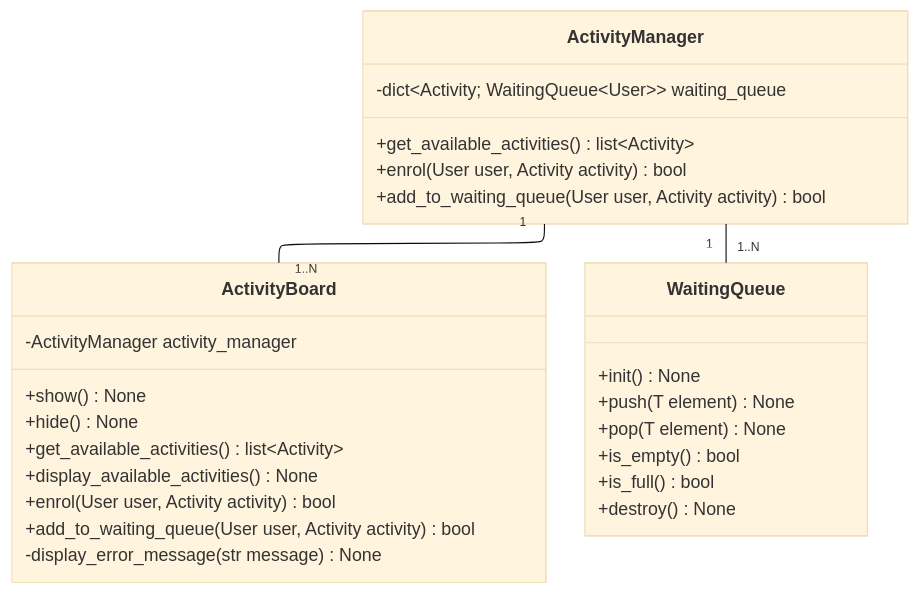
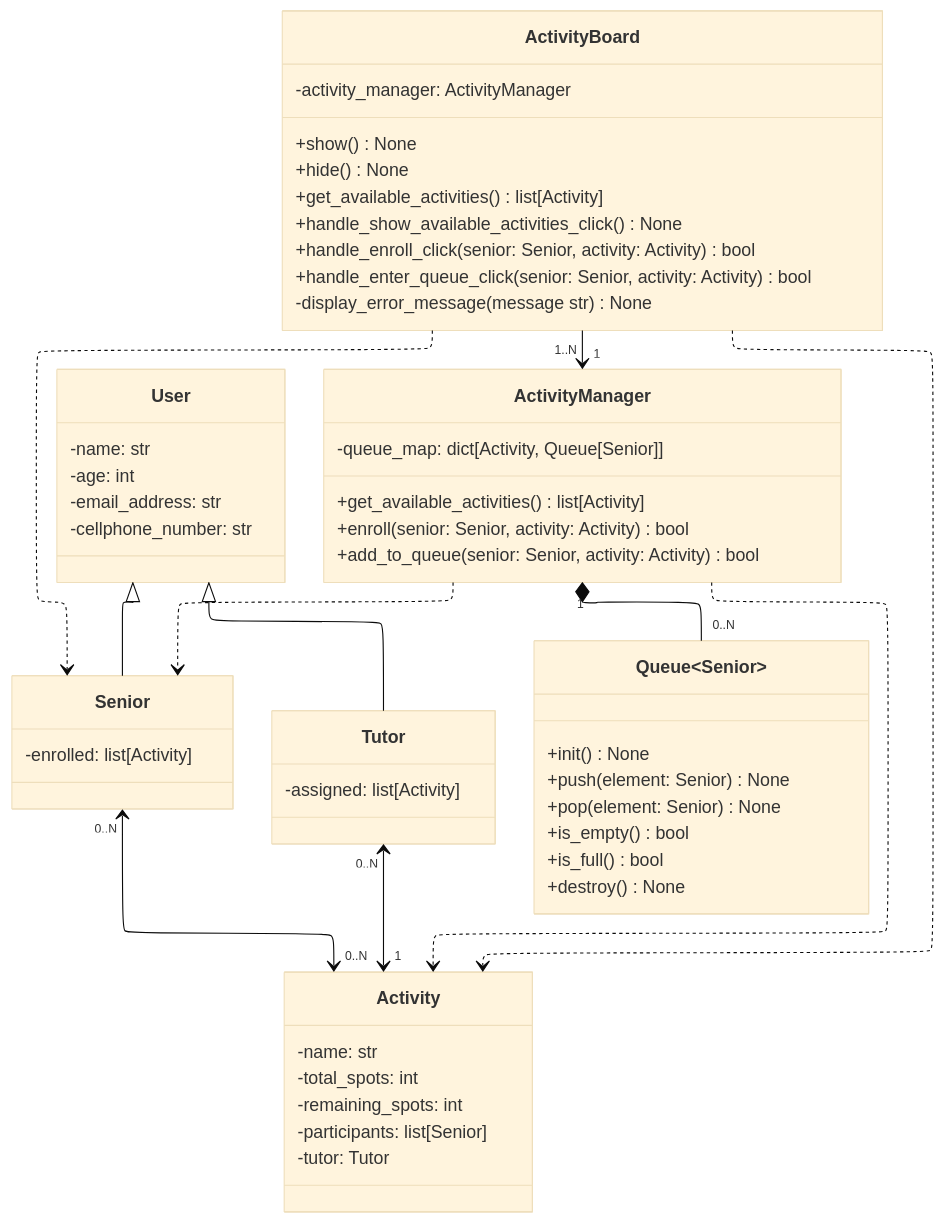
One commit to mldcastro/eng-soft changed the diagram in diagrams/class_diagram_sprint_2.mmd. Above: the diagram before and after it, drawn with Mermaid (base theme). The commit also changed other lines of this file and 1 other file, not shown here.

Commit message:
[Sprint 2] Atualizar 'class_diagram_sprint_2.mmd'
* Adicionar classes User, Senior, Tutor e Activity
* Usar sintaxe de Python dentro das classes
* Renomear WaitingQueue~T~ para Queue~Senior~
* Explicitar relacoes e multiplicidades

```diff
--- a/diagrams/class_diagram_sprint_2.mmd
+++ b/diagrams/class_diagram_sprint_2.mmd
@@ -1,44 +1,95 @@
 ---
 config:
   layout: elk
   elk:
     mergeEdges: false
     nodePlacementStrategy: LINEAR_SEGMENTS
 ---
 classDiagram
+    User
+    Senior
+    Tutor
+    Activity
     ActivityBoard
     ActivityManager
-    WaitingQueue
+    Queue~Senior~
 
-    ActivityManager "1" -- "1..N" ActivityBoard
-    ActivityManager "1" -- "1..N" WaitingQueue
+    %% Senior e Tutor HERDAM de User.
+    User <|-- Senior
+    User <|-- Tutor
+
+    %% Senior e Tutor possuem ambos uma relação de ASSOCIAÇÃO mútua
+    %% com Activity.
+    Senior "0..N" <--> "0..N" Activity
+    Tutor "0..N" <--> "1" Activity
+
+    %% Tanto ActivityBoard quanto ActivityManager possuem uma relação
+    %% de DEPENDÊNCIA com as classes Senior e Activity, porque nenhuma
+    %% delas guarda uma referência permanente a estes objetos, apenas
+    %% necessita pontualmente deles.
+    ActivityBoard ..> Senior
+    ActivityManager ..> Senior
+    ActivityBoard ..> Activity
+    ActivityManager ..> Activity
+
+    %% ActivityBoard possui uma relação de ASSOCIAÇÃO com ActivityManager,
+    %% pois não gerencia o tempo de vida de ActivityManager, mas sabe de
+    %% sua existência e delega as requisições de negócio para ele.
+    ActivityBoard "1..N" --> "1" ActivityManager
+
+    %% ActivityManager possui uma relação de COMPOSIÇÃO com Queue,
+    %% pois, se ActivityManager for destruído, Queue também é.
+    ActivityManager "1" *-- "0..N" Queue~Senior~
+
+    class User {
+      -name: str
+      -age: int
+      -email_address: str
+      -cellphone_number: str
+    }
+
+    class Senior {
+      -enrolled: list[Activity]
+    }
+
+    class Tutor {
+      -assigned: list[Activity]
+    }
+
+    class Activity {
+      -name: str
+      -total_spots: int
+      -remaining_spots: int
+      -participants: list[Senior]
+      -tutor: Tutor
+    }
 
     class ActivityBoard {
-      -ActivityManager activity_manager
+      -activity_manager: ActivityManager
 
       +show() None
       +hide() None
-      +get_available_activities() list~Activity~
-      +display_available_activities() None
-      +enrol(User user, Activity activity) bool
-      +add_to_waiting_queue(User user, Activity activity) bool
+      +get_available_activities() list[Activity]
+      +handle_show_available_activities_click() None
+      +handle_enroll_click(senior: Senior, activity: Activity) bool
+      +handle_enter_queue_click(senior: Senior, activity: Activity) bool
 
-      -display_error_message(str message) None
+      -display_error_message(message str) None
     }
 
     class ActivityManager {
-      -dict~Activity; WaitingQueue~User~~ waiting_queue
+      -queue_map: dict[Activity, Queue[Senior]]
 
-      +get_available_activities() list~Activity~
-      +enrol(User user, Activity activity) bool
-      +add_to_waiting_queue(User user, Activity activity) bool
+      +get_available_activities() list[Activity]
+      +enroll(senior: Senior, activity: Activity) bool
+      +add_to_queue(senior: Senior, activity: Activity) bool
     }
 
-    class WaitingQueue~T~ {
+    class Queue~Senior~ {
       +init() None
-      +push(T element) None
-      +pop(T element) None
+      +push(element: Senior) None
+      +pop(element: Senior) None
       +is_empty() bool
       +is_full() bool
       +destroy() None
     }
```
